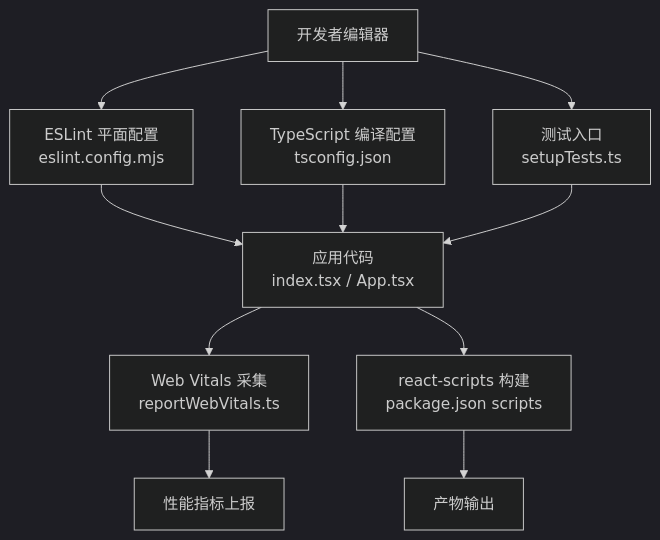
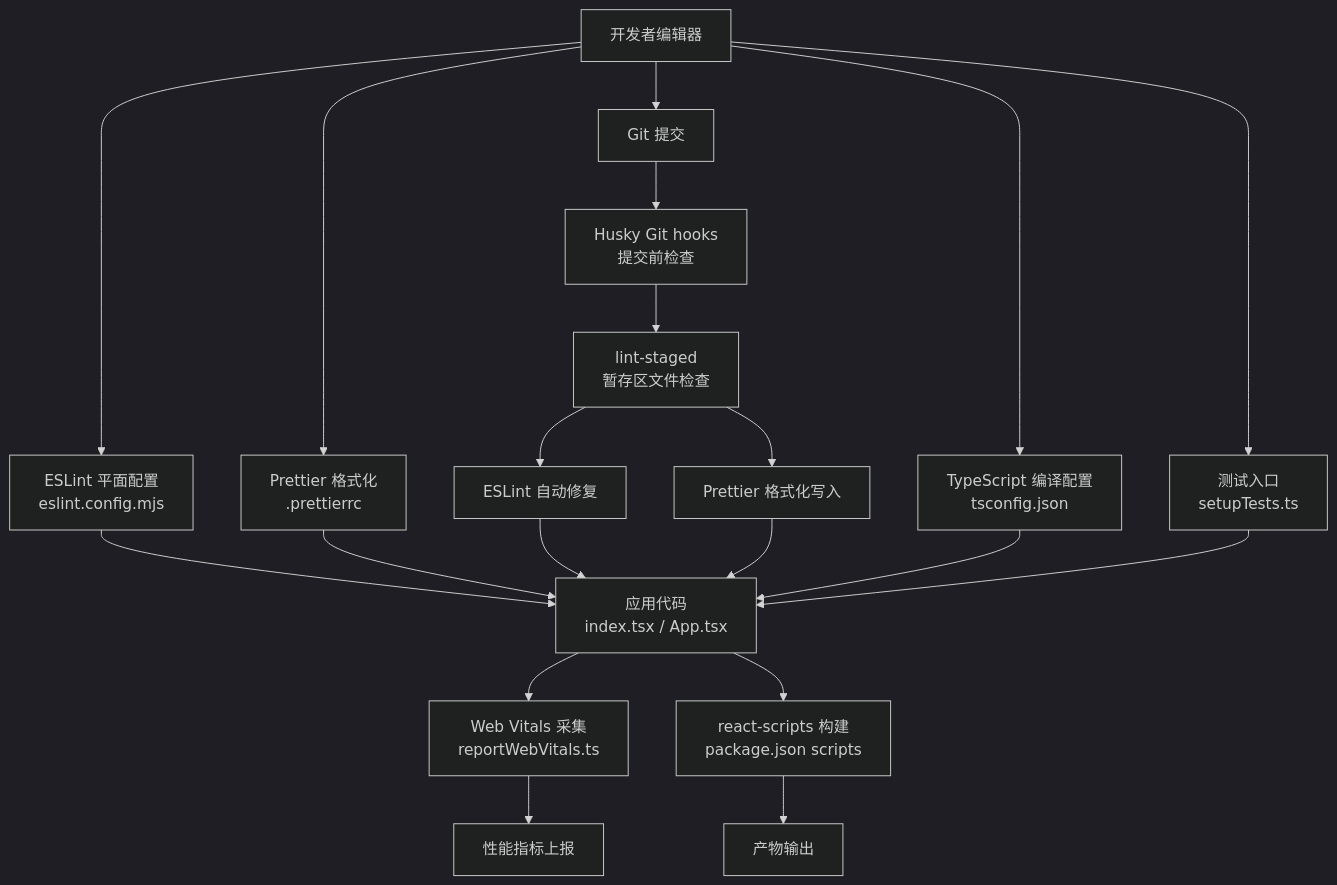
One commit to kkxxll/reactNext changed the second of 11 diagrams in .qoder/repowiki/zh/content/开发工具链/开发工具链.md. Above: the diagram before and after it, drawn with Mermaid (dark theme). The commit also changed other lines of this file and 7 other files, not shown here.

First line of the commit message:
feat(toolchain): 集成 Prettier、CommitLint、Husky 和 lint-staged

````diff
--- a/.qoder/repowiki/zh/content/开发工具链/开发工具链.md
+++ b/.qoder/repowiki/zh/content/开发工具链/开发工具链.md
@@ -98,13 +127,22 @@
 ```mermaid
 graph TB
 dev["开发者编辑器"] --> lint["ESLint 平面配置<br/>eslint.config.mjs"]
+dev --> format["Prettier 格式化<br/>.prettierrc"]
+dev --> commit["Git 提交"]
+commit --> husky["Husky Git hooks<br/>提交前检查"]
+husky --> lintStage["lint-staged<br/>暂存区文件检查"]
+lintStage --> eslintFix["ESLint 自动修复"]
+lintStage --> prettierWrite["Prettier 格式化写入"]
 dev --> tsc["TypeScript 编译配置<br/>tsconfig.json"]
 dev --> test["测试入口<br/>setupTests.ts"]
 lint --> app["应用代码<br/>index.tsx / App.tsx"]
+format --> app
+eslintFix --> app
+prettierWrite --> app
 tsc --> app
 test --> app
 app --> vitals["Web Vitals 采集<br/>reportWebVitals.ts"]
 app --> build["react-scripts 构建<br/>package.json scripts"]
 vitals --> metrics["性能指标上报"]
 build --> dist["产物输出"]
 ```
````
